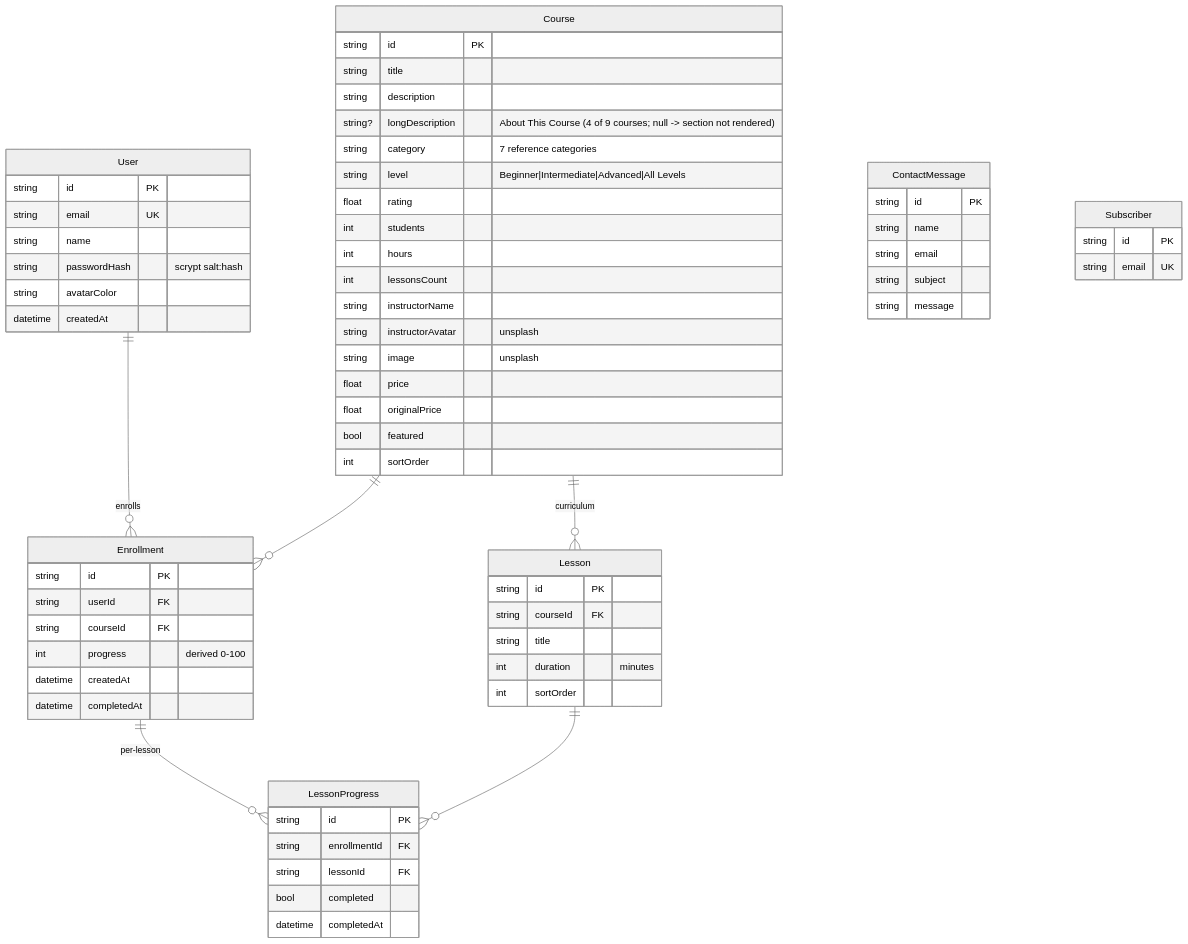
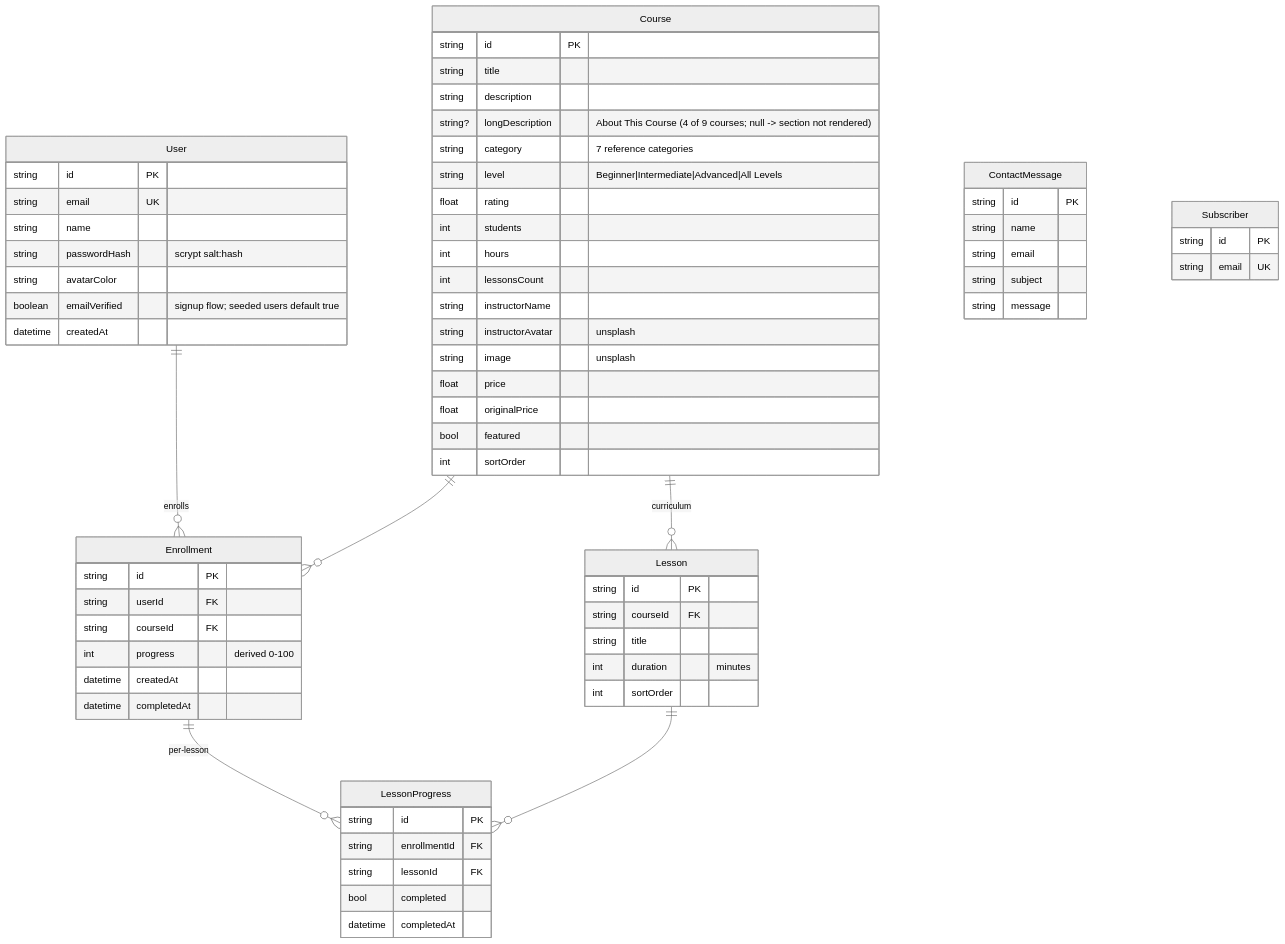
The second of 2 diagrams in Project_Architecture_Document.md (nordeim/nexuslearn-template), drawn with Mermaid (neutral theme) before and after one commit. The commit also changed other lines of this file and 46 other files, not shown here.

````diff
--- a/Project_Architecture_Document.md
+++ b/Project_Architecture_Document.md
@@ -336,69 +338,70 @@
 ```mermaid
 erDiagram
     User ||--o{ Enrollment : "enrolls"
     Course ||--o{ Enrollment : ""
     Course ||--o{ Lesson : "curriculum"
     Enrollment ||--o{ LessonProgress : "per-lesson"
     Lesson ||--o{ LessonProgress : ""
 
     User {
       string id PK
       string email UK
       string name
       string passwordHash "scrypt salt:hash"
       string avatarColor
+      boolean emailVerified "signup flow; seeded users default true"
       datetime createdAt
     }
     Course {
       string id PK
       string title
       string description
       string? longDescription "About This Course (4 of 9 courses; null -> section not rendered)"
       string category "7 reference categories"
       string level "Beginner|Intermediate|Advanced|All Levels"
       float rating
       int students
       int hours
       int lessonsCount
       string instructorName
       string instructorAvatar "unsplash"
       string image "unsplash"
       float price
       float originalPrice
       bool featured
       int sortOrder
     }
     Lesson {
       string id PK
       string courseId FK
       string title
       int duration "minutes"
       int sortOrder
     }
     Enrollment {
       string id PK
       string userId FK
       string courseId FK
       int progress "derived 0-100"
       datetime createdAt
       datetime completedAt
     }
     LessonProgress {
       string id PK
       string enrollmentId FK
       string lessonId FK
       bool completed
       datetime completedAt
     }
     ContactMessage {
       string id PK
       string name
       string email
       string subject
       string message
     }
     Subscriber {
       string id PK
       string email UK
     }
 ```
````
